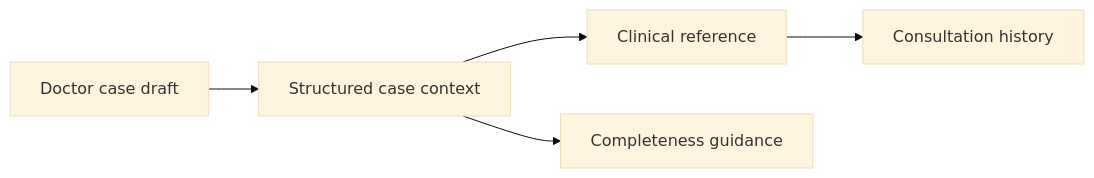
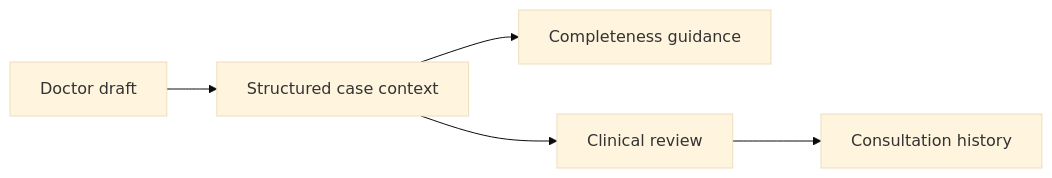
The first of 2 diagrams in README.md (chiaweiwoo/tcm-diagnosis), drawn with Mermaid (base theme) before and after one commit. The commit also changed other lines of this file and 4 other files, not shown here.

````diff
--- a/README.md
+++ b/README.md
@@ -20,7 +20,7 @@
 ```mermaid
 flowchart LR
-    D["Doctor case draft"] --> O["Structured case context"]
-    O --> R["Clinical reference"]
+    D["Doctor draft"] --> O["Structured case context"]
     O --> G["Completeness guidance"]
+    O --> R["Clinical review"]
     R --> H["Consultation history"]
 ```
````
